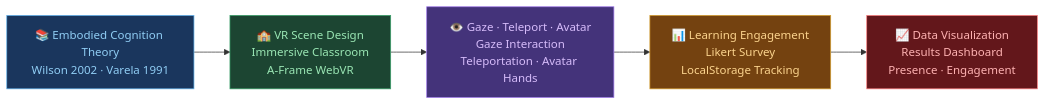
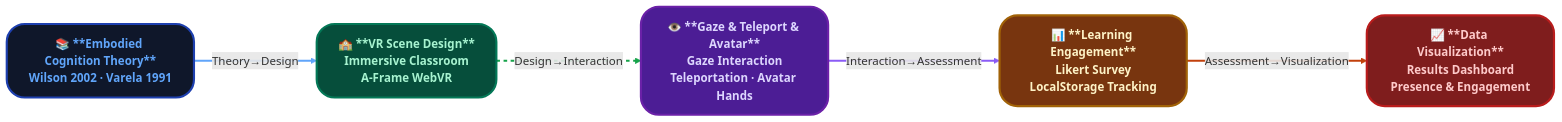
One commit to sara6v6/vr-embodied-learning changed the first of 2 diagrams in README.md. Above: the diagram before and after it, drawn with Mermaid. The commit also changed other lines of this file, not shown here.

Commit message:
style: enhance Research Framework and User Flow diagrams with poster styling

````diff
--- a/README.md
+++ b/README.md
@@ -23,14 +22,34 @@
-```mermaid  
-flowchart LR  
-    A["📚 Embodied Cognition Theory\nWilson 2002 · Varela 1991"]  
-    --> B["🏫 VR Scene Design\nImmersive Classroom\nA-Frame WebVR"]  
-    B --> C["👁️ Gaze · Teleport · Avatar\nGaze Interaction\nTeleportation · Avatar Hands"]  
-    C --> D["📊 Learning Engagement\nLikert Survey\nLocalStorage Tracking"]  
-    D --> E["📈 Data Visualization\nResults Dashboard\nPresence · Engagement"]  
+```mermaid
+flowchart LR
+    %% 节点定义
+    A["📚 **Embodied Cognition Theory**<br>Wilson 2002 · Varela 1991"]
+    B["🏫 **VR Scene Design**<br>Immersive Classroom<br>A-Frame WebVR"]
+    C["👁️ **Gaze & Teleport & Avatar**<br>Gaze Interaction<br>Teleportation · Avatar Hands"]
+    D["📊 **Learning Engagement**<br>Likert Survey<br>LocalStorage Tracking"]
+    E["📈 **Data Visualization**<br>Results Dashboard<br>Presence & Engagement"]
 
-    style A fill:#1a365d,color:#90cdf4,stroke:#63b3ed  
-    style B fill:#1c4532,color:#9ae6b4,stroke:#38a169  
-    style C fill:#44337a,color:#d6bcfa,stroke:#9f7aea  
-    style D fill:#744210,color:#fbd38d,stroke:#d69e2e  
-    style E fill:#63171b,color:#feb2b2,stroke:#fc8181  
+    %% 流程连接
+    A -->|Theory→Design| B
+    B -->|Design→Interaction| C
+    C -->|Interaction→Assessment| D
+    D -->|Assessment→Visualization| E
+
+    %% 样式定义（模拟渐变 + 阴影感）
+    classDef theory fill:#0f172a,color:#60a5fa,stroke:#1e40af,stroke-width:3px,rx:25,ry:25,font-weight:bold,stroke-dasharray: 0 0;
+    classDef design fill:#064e3b,color:#a7f3d0,stroke:#047857,stroke-width:3px,rx:25,ry:25,font-weight:bold;
+    classDef interaction fill:#4c1d95,color:#ddd6fe,stroke:#6b21a8,stroke-width:3px,rx:25,ry:25,font-weight:bold;
+    classDef assessment fill:#78350f,color:#fef3c7,stroke:#a16207,stroke-width:3px,rx:25,ry:25,font-weight:bold;
+    classDef visualization fill:#7f1d1d,color:#fecaca,stroke:#b91c1c,stroke-width:3px,rx:25,ry:25,font-weight:bold;
+
+    class A theory
+    class B design
+    class C interaction
+    class D assessment
+    class E visualization
+
+    %% 高亮箭头（虚线和粗线模拟层次）
+    linkStyle 0 stroke:#60a5fa,stroke-width:3px
+    linkStyle 1 stroke:#16a34a,stroke-width:3px,stroke-dasharray: 5 5
+    linkStyle 2 stroke:#8b5cf6,stroke-width:3px
+    linkStyle 3 stroke:#c2410c,stroke-width:3px
 ```
````
